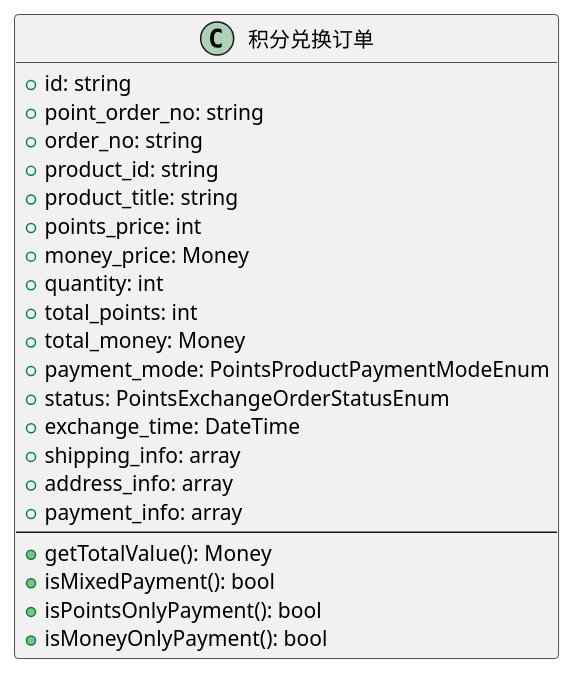
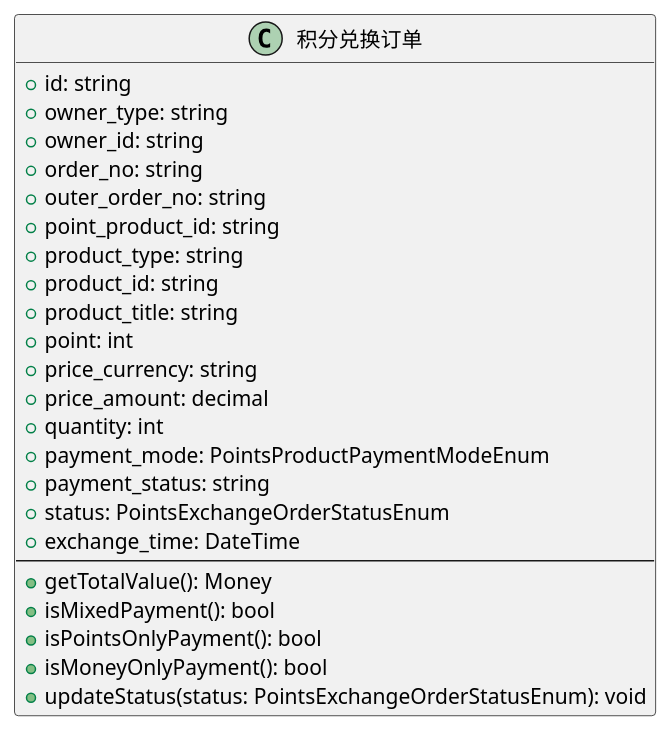
The second of 12 diagrams in docs/points-mall/index.md (red-jasmine/framework), drawn with PlantUML before and after one commit. The commit also changed other lines of this file and 3 other files, not shown here.

````diff
--- a/docs/points-mall/index.md
+++ b/docs/points-mall/index.md
@@ -68,25 +80,27 @@
 ```plantuml
 class 积分兑换订单 {
   +id: string
-  +point_order_no: string
+  +owner_type: string
+  +owner_id: string
   +order_no: string
+  +outer_order_no: string
+  +point_product_id: string
+  +product_type: string
   +product_id: string
   +product_title: string
-  +points_price: int
-  +money_price: Money
+  +point: int
+  +price_currency: string
+  +price_amount: decimal
   +quantity: int
-  +total_points: int
-  +total_money: Money
   +payment_mode: PointsProductPaymentModeEnum
+  +payment_status: string
   +status: PointsExchangeOrderStatusEnum
   +exchange_time: DateTime
-  +shipping_info: array
-  +address_info: array
-  +payment_info: array
   --
   +getTotalValue(): Money
   +isMixedPayment(): bool
   +isPointsOnlyPayment(): bool
   +isMoneyOnlyPayment(): bool
+  +updateStatus(status: PointsExchangeOrderStatusEnum): void
 }
 ```
````
